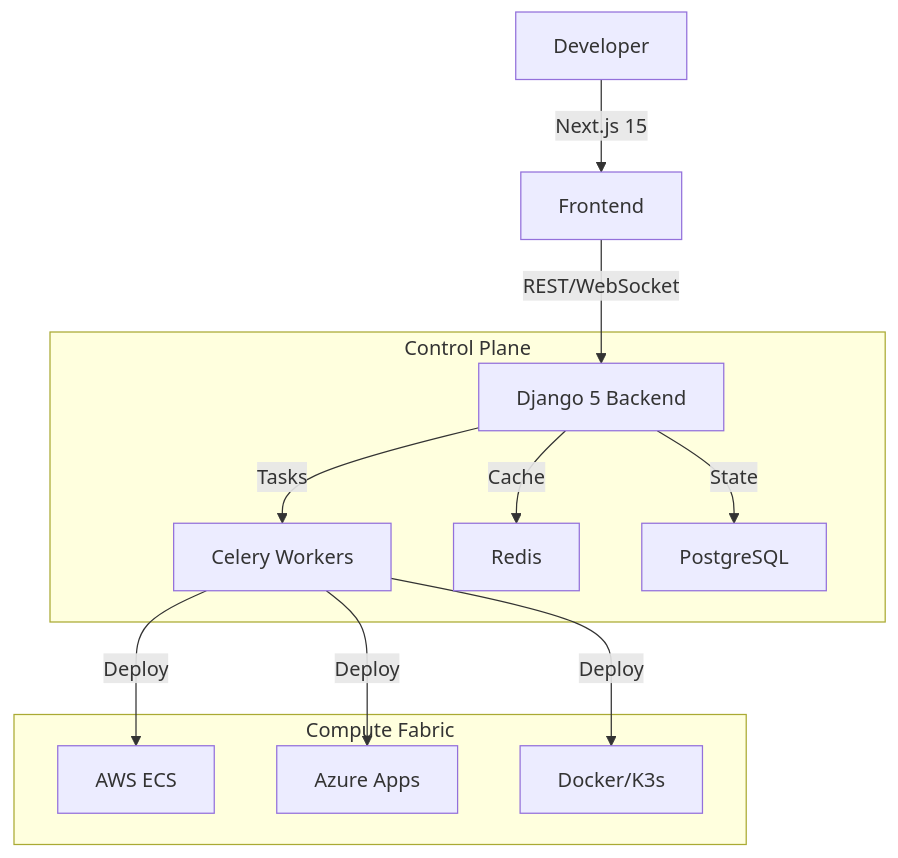
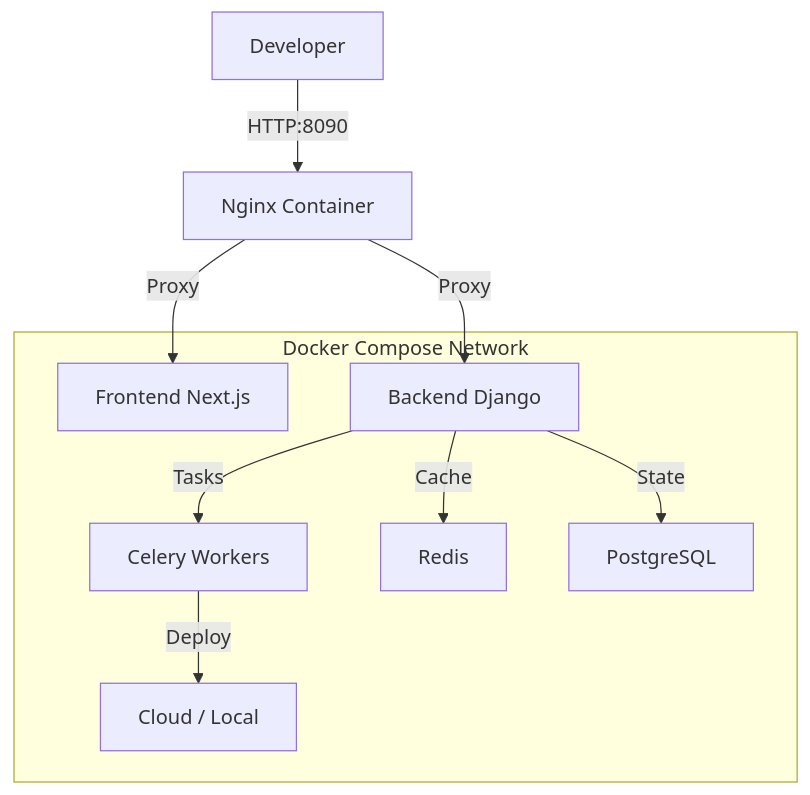
One commit to SMSLYCLOUD/smsly-hosting changed the diagram in README.md. Above: the diagram before and after it, drawn with Mermaid. The commit also changed other lines of this file and 10 other files, not shown here.

````diff
--- a/README.md
+++ b/README.md
@@ -110,17 +52,14 @@
 ```mermaid
 graph TD
-    User[Developer] -->|Next.js 15| UI[Frontend]
-    UI -->|REST/WebSocket| API[Django 5 Backend]
+    User[Developer] -->|HTTP:8090| Nginx[Nginx Container]
+    Nginx -->|Proxy| UI[Frontend Next.js]
+    Nginx -->|Proxy| API[Backend Django]
 
-    subgraph Control Plane
+    subgraph "Docker Compose Network"
+        UI
         API -->|Tasks| Celery[Celery Workers]
         API -->|Cache| Redis
         API -->|State| PG[PostgreSQL]
-    end
-
-    subgraph Compute Fabric
-        Celery -->|Deploy| AWS[AWS ECS]
-        Celery -->|Deploy| Azure[Azure Apps]
-        Celery -->|Deploy| Local[Docker/K3s]
+        Celery -->|Deploy| Infra[Cloud / Local]
     end
 ```
````
